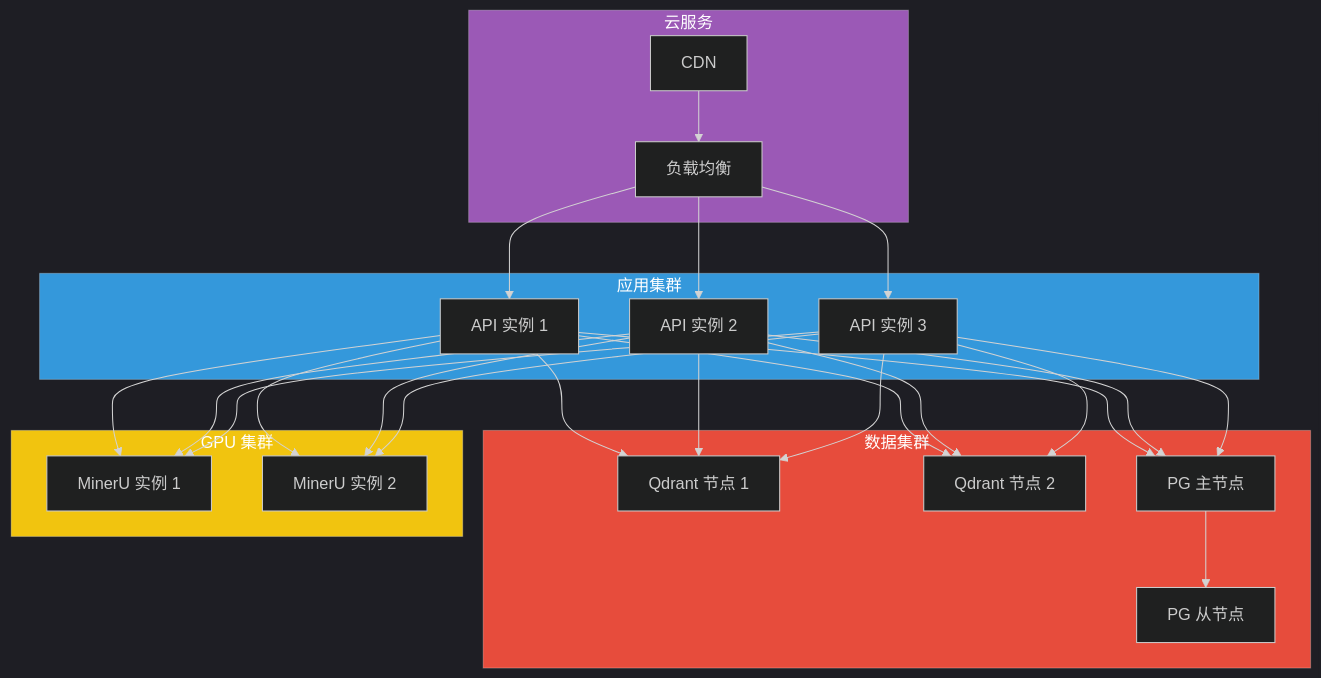
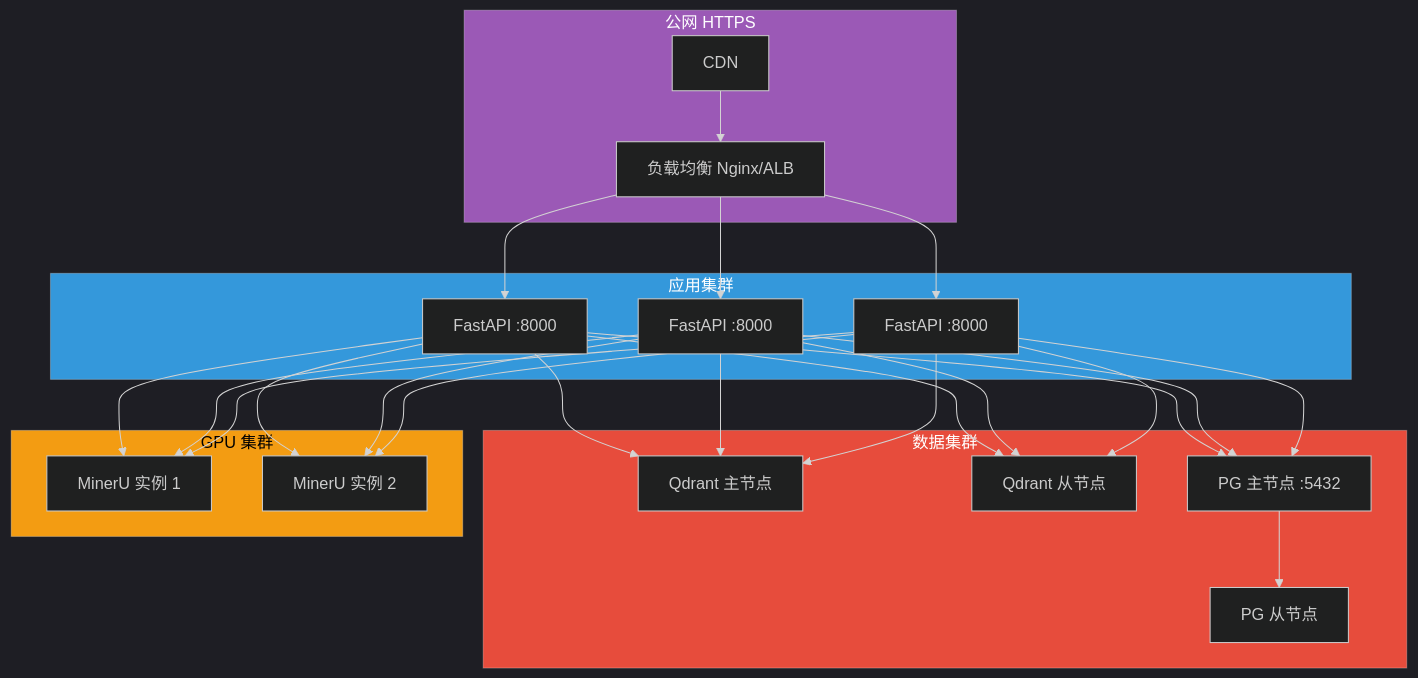
Diagram 13 of 14 in ARCHITECTURE.md (lwfeng-ch/rag_graph), drawn with Mermaid before and after one commit. The commit also changed other lines of this file and 54 other files, not shown here.

````diff
--- a/ARCHITECTURE.md
+++ b/ARCHITECTURE.md
@@ -650,38 +686,38 @@
 ```mermaid
 %%{init: {'theme': 'dark'}}%%
 flowchart TB
-    subgraph Cloud["云服务"]
+    subgraph Internet["公网 HTTPS"]
         CDN[CDN]
-        LB[负载均衡]
+        LB[负载均衡 Nginx/ALB]
     end
     
     subgraph AppCluster["应用集群"]
-        API1[API 实例 1]
-        API2[API 实例 2]
-        API3[API 实例 3]
+        API1[FastAPI :8000]
+        API2[FastAPI :8000]
+        API3[FastAPI :8000]
     end
     
     subgraph DataCluster["数据集群"]
-        Q1[Qdrant 节点 1]
-        Q2[Qdrant 节点 2]
-        PG1[PG 主节点]
+        Q1[Qdrant 主节点]
+        Q2[Qdrant 从节点]
+        PG1[PG 主节点 :5432]
         PG2[PG 从节点]
     end
     
     subgraph GPUCluster["GPU 集群"]
         M1[MinerU 实例 1]
         M2[MinerU 实例 2]
     end
     
     CDN --> LB
     LB --> API1 & API2 & API3
     API1 & API2 & API3 --> Q1 & Q2
     API1 & API2 & API3 --> PG1
     PG1 --> PG2
     API1 & API2 & API3 --> M1 & M2
     
-    style Cloud fill:#9b59b6,color:#fff
+    style Internet fill:#9b59b6,color:#fff
     style AppCluster fill:#3498db,color:#fff
     style DataCluster fill:#e74c3c,color:#fff
-    style GPUCluster fill:#f1c40f,color:#fff
+    style GPUCluster fill:#f39c12,color:#000
 ```
````
